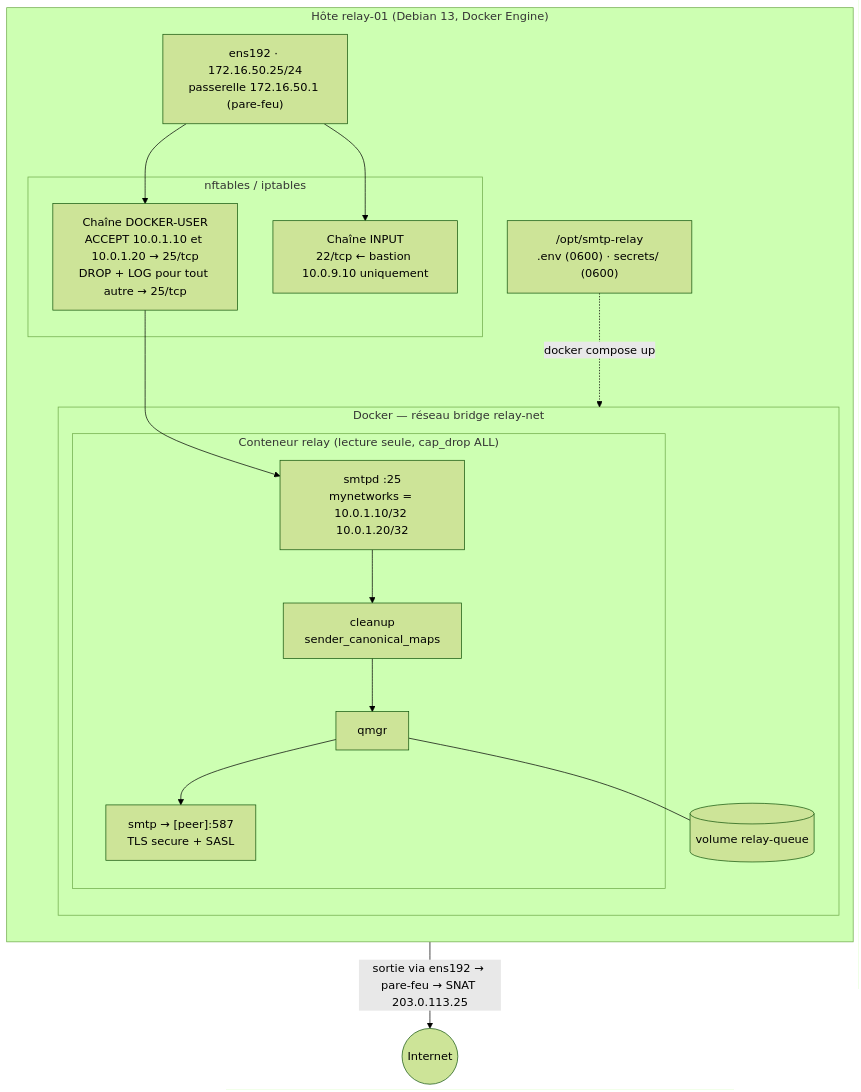
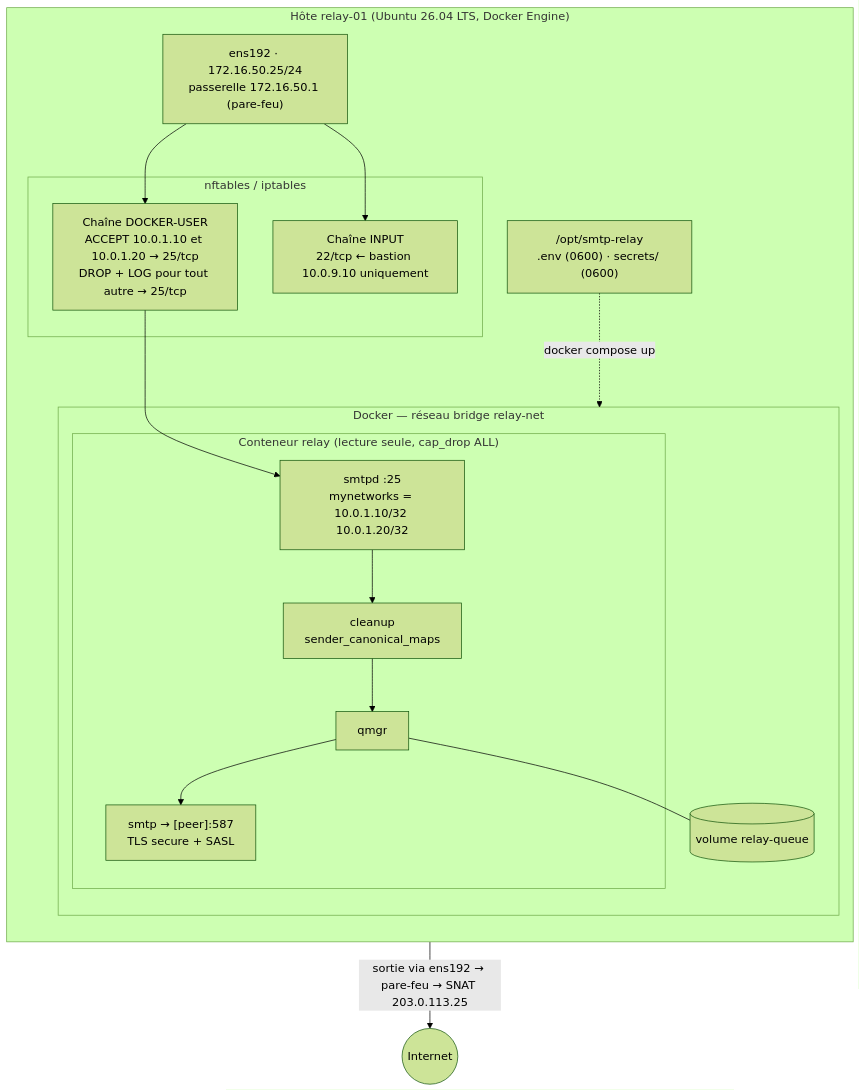
One commit to kosaar/relai-smtp changed the second of 3 diagrams in docs/deploiement-production.md. Above: the diagram before and after it, drawn with Mermaid (forest theme). The commit also changed other lines of this file and 8 other files, not shown here.

First line of the commit message:
refactor: passage de toutes les images sur Ubuntu 26.04 LTS

````diff
--- a/docs/deploiement-production.md
+++ b/docs/deploiement-production.md
@@ -134,27 +134,27 @@
 ```mermaid
 flowchart TB
-    subgraph HOST["Hôte relay-01 (Debian 13, Docker Engine)"]
+    subgraph HOST["Hôte relay-01 (Ubuntu 26.04 LTS, Docker Engine)"]
         direction TB
         NIC["ens192 · 172.16.50.25/24<br/>passerelle 172.16.50.1 (pare-feu)"]
         subgraph NF["nftables / iptables"]
             DU["Chaîne DOCKER-USER<br/>ACCEPT 10.0.1.10 et 10.0.1.20 → 25/tcp<br/>DROP + LOG pour tout autre → 25/tcp"]
             IN["Chaîne INPUT<br/>22/tcp ← bastion 10.0.9.10 uniquement"]
         end
         subgraph DOCKER["Docker — réseau bridge relay-net"]
             subgraph CT["Conteneur relay (lecture seule, cap_drop ALL)"]
                 SMTPD["smtpd :25<br/>mynetworks = 10.0.1.10/32 10.0.1.20/32"]
                 CLEAN["cleanup<br/>sender_canonical_maps"]
                 QMGR["qmgr"]
                 SMTP["smtp → [peer]:587<br/>TLS secure + SASL"]
                 SMTPD --> CLEAN --> QMGR --> SMTP
             end
             VOL[("volume relay-queue")]
             QMGR --- VOL
         end
         FILES["/opt/smtp-relay<br/>.env (0600) · secrets/ (0600)"]
         NIC --> DU --> SMTPD
         NIC --> IN
         FILES -. "docker compose up" .-> CT
     end
     SMTP -- "sortie via ens192 → pare-feu → SNAT 203.0.113.25" --> OUT(("Internet"))
 ```
````
